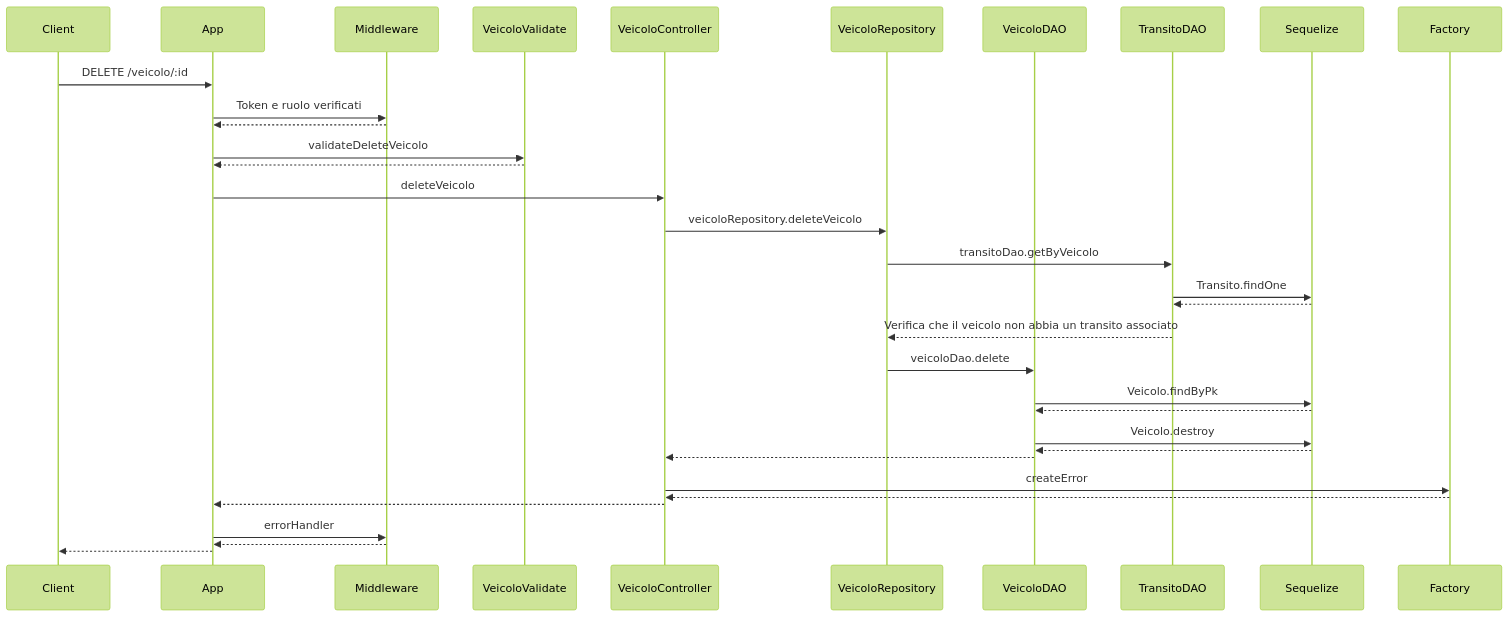
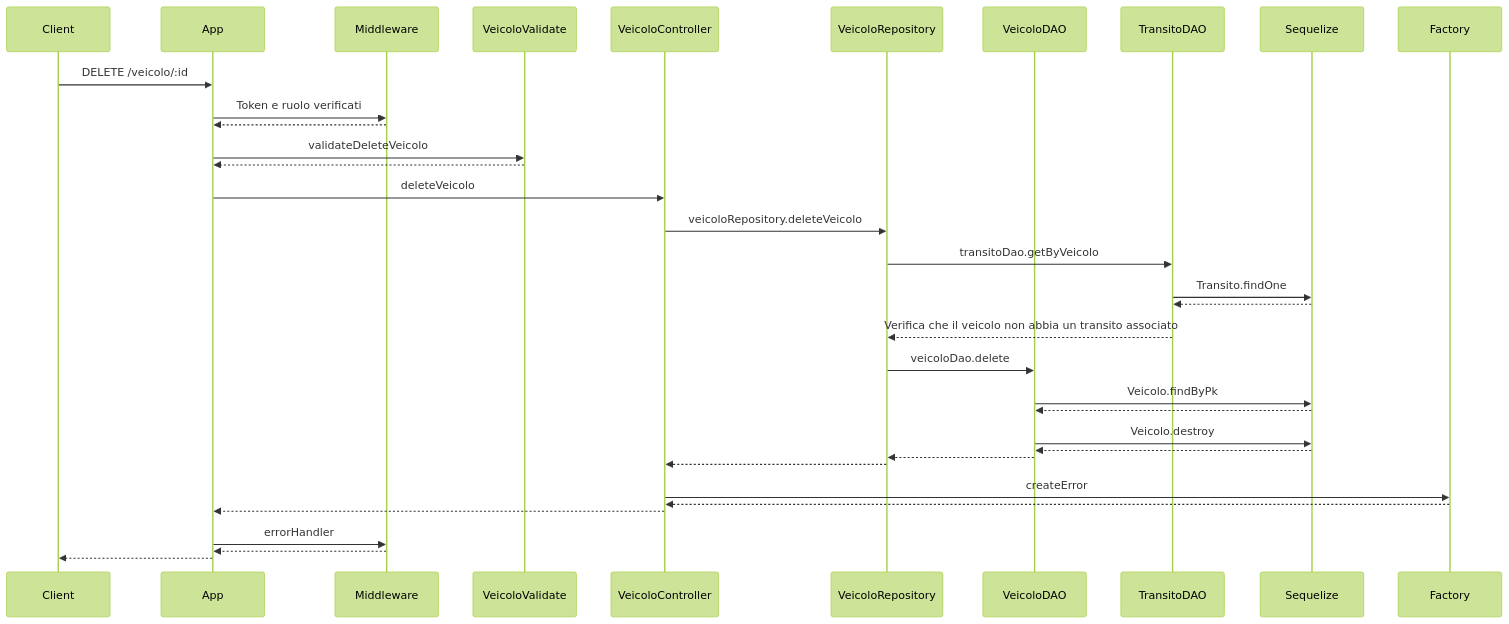
The sixth of 14 diagrams in README.md (MattSona99/ProgettoPA), drawn with Mermaid (forest theme) before and after one commit. The commit also changed other lines of this file and 1 other file, not shown here.

````diff
--- a/README.md
+++ b/README.md
@@ -351,37 +351,38 @@
 ```mermaid
 sequenceDiagram
   participant C as Client
   participant A as App
   participant M as Middleware
   participant V as VeicoloValidate
   participant CN as VeicoloController
   participant R as VeicoloRepository
   participant D as VeicoloDAO
   participant TD as TransitoDAO
   participant S as Sequelize
   participant F as Factory
 
   C ->> A: DELETE /veicolo/:id
   A ->> M: Token e ruolo verificati
   M -->> A: 
   A ->> V: validateDeleteVeicolo
   V -->> A: 
   A ->> CN: deleteVeicolo
   CN ->> R: veicoloRepository.deleteVeicolo
   R ->> TD: transitoDao.getByVeicolo
   TD ->> S: Transito.findOne
   S -->> TD:
   TD -->> R: Verifica che il veicolo non abbia un transito associato
   R ->> D: veicoloDao.delete
   D ->> S: Veicolo.findByPk
   S -->> D: 
   D ->> S: Veicolo.destroy
   S -->> D: 
-  D -->> CN: 
+  D -->> R:
+  R -->> CN: 
   CN ->> F: createError
   F -->> CN: 
   CN -->> A: 
   A ->> M: errorHandler
   M -->> A: 
   A -->> C:  
 ```
````
